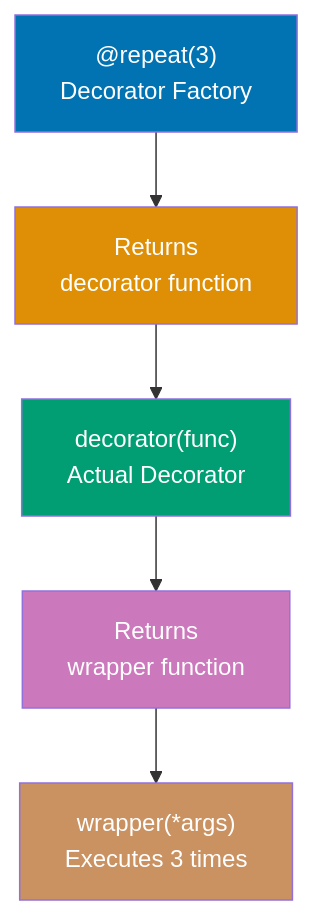
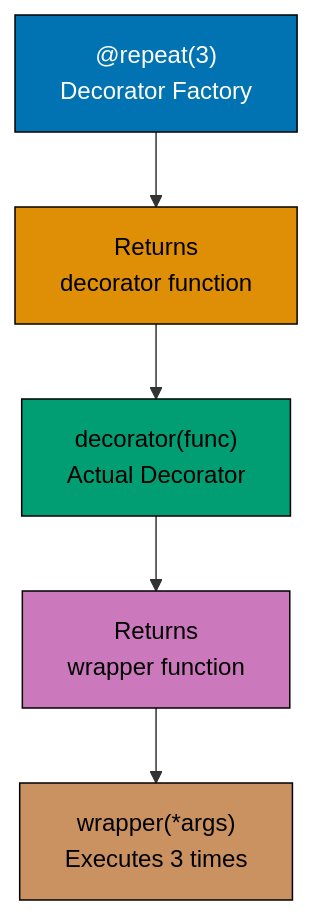
Before and after one commit to wahidyankf/ose-public: the second of 10 diagrams in apps/ayokoding-www/content/en/learn/legacy/software-engineering/programming-languages/python/by-example/intermediate.md, drawn with Mermaid. The commit also changed other lines of this file and 112 other files, not shown here.

First line of the commit message:
fix(mermaid): bring the legacy programming-languages diagrams onto the accessible palette

````diff
--- a/apps/ayokoding-www/content/en/learn/legacy/software-engineering/programming-languages/python/by-example/intermediate.md
+++ b/apps/ayokoding-www/content/en/learn/legacy/software-engineering/programming-languages/python/by-example/intermediate.md
@@ -65,14 +72,22 @@
 ```mermaid
 %% Three-layer decorator factory pattern
 graph TD
+    accTitle: Example 29: Decorator with Arguments
+    accDescr: Graph with 5 nodes and 4 connections. Nodes: @repeat(3) Decorator Factory, Returns decorator function, decorator(func) Actual Decorator, Returns wrapper function, wrapper(*args) Executes 3 times. Connections: @repeat(3) Decorator Factory to Returns decorator function, Returns decorator function to decorator(func) Actual Decorator, decorator(func) Actual Decorator to Returns wrapper function, Returns wrapper function to wrapper(*args) Executes 3 times.
     A["@repeat(3)<br/>Decorator Factory"] --> B["Returns<br/>decorator function"]
     B --> C["decorator(func)<br/>Actual Decorator"]
     C --> D["Returns<br/>wrapper function"]
     D --> E["wrapper(*args)<br/>Executes 3 times"]
 
-    style A fill:#0173B2,color:#fff
-    style B fill:#DE8F05,color:#fff
-    style C fill:#029E73,color:#fff
-    style D fill:#CC78BC,color:#fff
-    style E fill:#CA9161,color:#fff
+    classDef pal-0173B2 fill:#0173B2,stroke:#000000,color:#FFFFFF
+    class A pal-0173B2
+    classDef pal-DE8F05 fill:#DE8F05,stroke:#000000,color:#000000
+    class B pal-DE8F05
+    classDef pal-029E73 fill:#029E73,stroke:#000000,color:#000000
+    class C pal-029E73
+    classDef pal-CC78BC fill:#CC78BC,stroke:#000000,color:#000000
+    class D pal-CC78BC
+    classDef pal-CA9161 fill:#CA9161,stroke:#000000,color:#000000
+    class E pal-CA9161
+    classDef default fill:#FFFFFF,stroke:#000000,color:#000000
 ```
````
